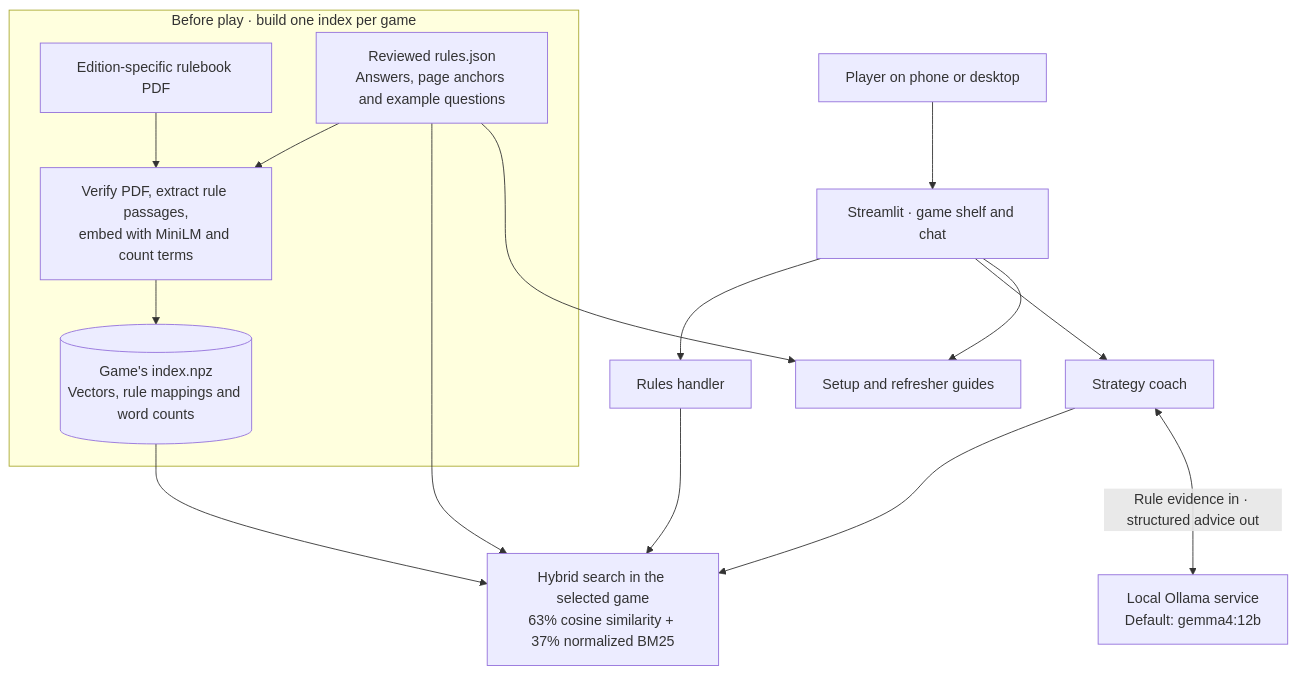
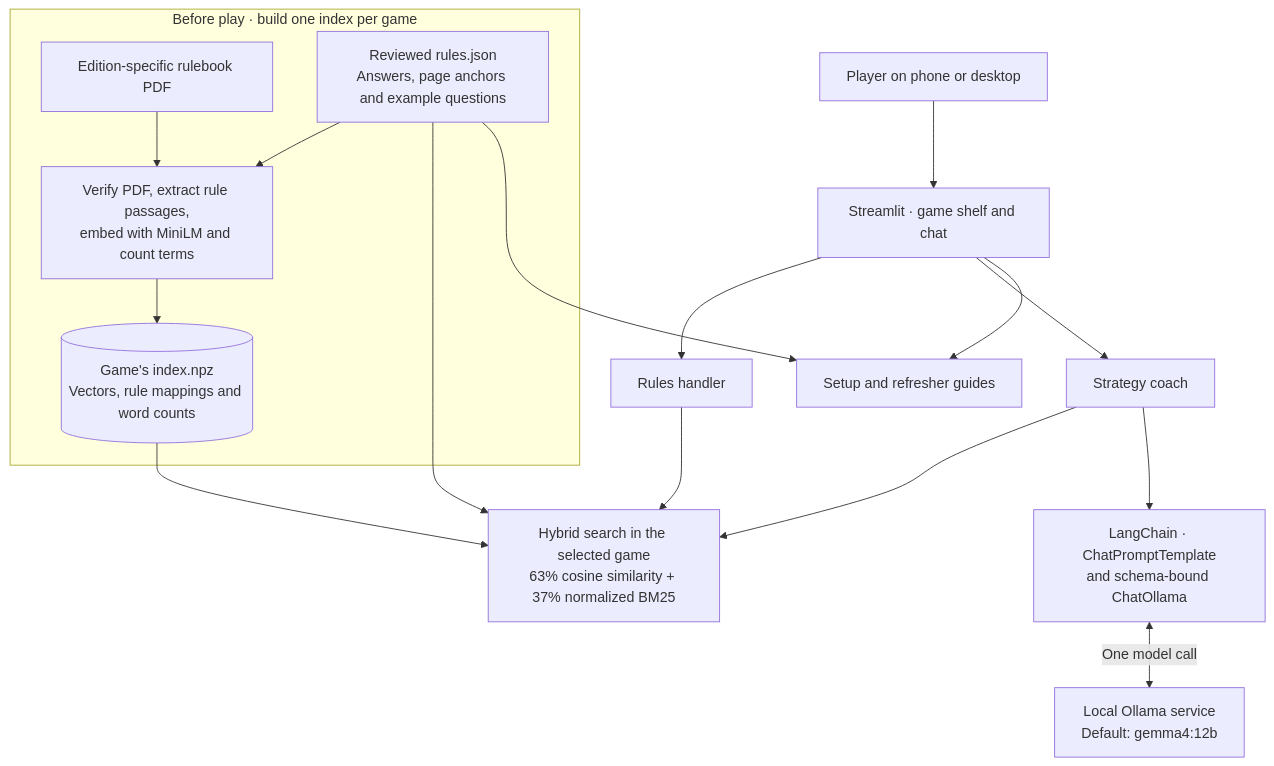
Before and after one commit to Shrezz/tabletalk: the first of 2 diagrams in docs/architecture.md, drawn with Mermaid. The commit also changed other lines of this file and 8 other files, not shown here.

Commit message:
Use LangChain for local strategy prompts and structured advice

````diff
--- a/docs/architecture.md
+++ b/docs/architecture.md
@@ -7,18 +7,19 @@
 ```mermaid
 flowchart TB
     subgraph Build["Before play · build one index per game"]
         PDF["Edition-specific rulebook PDF"] --> B["Verify PDF, extract rule passages,<br/>embed with MiniLM and count terms"]
         C["Reviewed rules.json<br/>Answers, page anchors and example questions"] --> B
         B --> I[("Game's index.npz<br/>Vectors, rule mappings and word counts")]
     end
     P["Player on phone or desktop"] --> UI["Streamlit · game shelf and chat"]
     UI --> R["Rules handler"]
     UI --> S["Strategy coach"]
     UI --> G["Setup and refresher guides"]
     R --> H["Hybrid search in the selected game<br/>63% cosine similarity + 37% normalized BM25"]
     S --> H
     I --> H
     C --> H
     C --> G
-    S <-->|"Rule evidence in · structured advice out"| L["Local Ollama service<br/>Default: gemma4:12b"]
+    S --> LC["LangChain · ChatPromptTemplate<br/>and schema-bound ChatOllama"]
+    LC <-->|"One model call"| L["Local Ollama service<br/>Default: gemma4:12b"]
 ```
````
